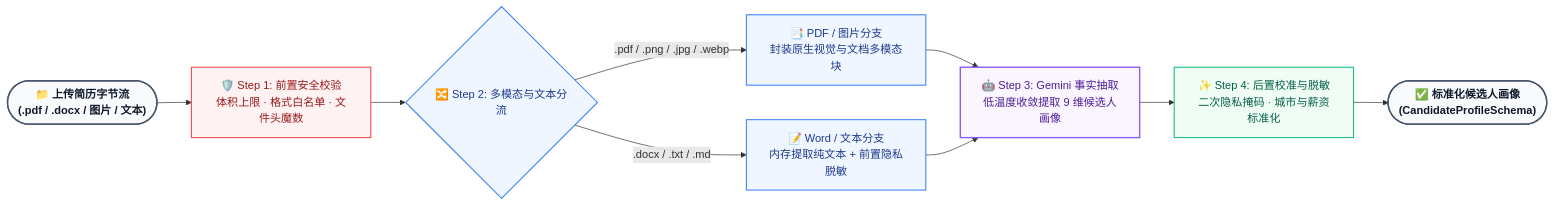
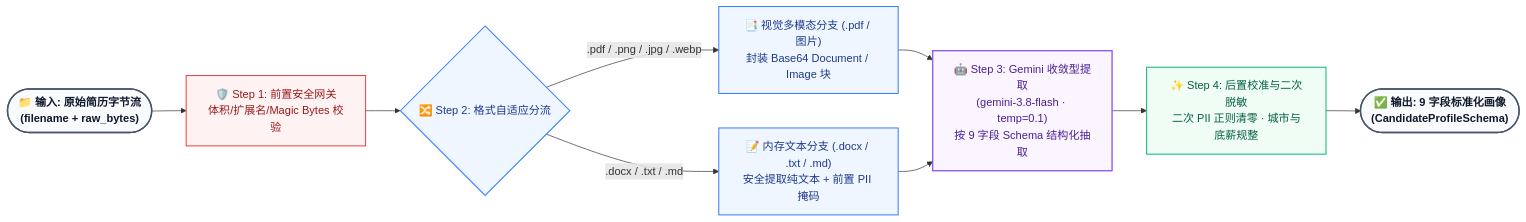
Before and after one commit to jason-haha-69135/boss-zhipin-crawler: the second of 6 diagrams in system_design.md, drawn with Mermaid. The commit also changed other lines of this file and 108 other files, not shown here.

Commit message:
feat: complete Stage 1-5 OpenSpec architecture, upgrades, Argon eval suite & full #eval dashboard

````diff
--- a/system_design.md
+++ b/system_design.md
@@ -111,28 +125,28 @@
 ```mermaid
 flowchart LR
-    In(["📁 上传简历字节流\n(.pdf / .docx / 图片 / 文本)"])
-    Step1["🛡️ Step 1: 前置安全校验\n体积上限 · 格式白名单 · 文件头魔数"]
-    Step2{"🔀 Step 2: 多模态与文本分流"}
-    M_Doc["📑 PDF / 图片分支\n封装原生视觉与文档多模态块"]
-    M_Txt["📝 Word / 文本分支\n内存提取纯文本 + 前置隐私脱敏"]
-    Step3["🤖 Step 3: Gemini 事实抽取\n低温度收敛提取 9 维候选人画像"]
-    Step4["✨ Step 4: 后置校准与脱敏\n二次隐私掩码 · 城市与薪资标准化"]
-    Out(["✅ 标准化候选人画像\n(CandidateProfileSchema)"])
+    In(["📁 输入: 原始简历字节流\n(filename + raw_bytes)"])
+    Step1["🛡️ Step 1: 前置安全网关\n体积/扩展名/Magic Bytes 校验"]
+    Step2{"🔀 Step 2: 格式自适应分流"}
+    M_Doc["📑 视觉多模态分支 (.pdf / 图片)\n封装 Base64 Document / Image 块"]
+    M_Txt["📝 内存文本分支 (.docx / .txt / .md)\n安全提取纯文本 + 前置 PII 掩码"]
+    Step3["🤖 Step 3: Gemini 收敛型提取\n(gemini-3.8-flash · temp=0.1)\n按 9 字段 Schema 结构化抽取"]
+    Step4["✨ Step 4: 后置校准与二次脱敏\n二次 PII 正则清零 · 城市与底薪规整"]
+    Out(["✅ 输出: 9 字段标准化画像\n(CandidateProfileSchema)"])
 
     In --> Step1 --> Step2
     Step2 -->|".pdf / .png / .jpg / .webp"| M_Doc
     Step2 -->|".docx / .txt / .md"| M_Txt
     M_Doc & M_Txt --> Step3 --> Step4 --> Out
 
     classDef ioNode fill:#f8fafc,stroke:#475569,stroke-width:2px,color:#0f172a,font-weight:bold
     classDef gateNode fill:#fef2f2,stroke:#ef4444,stroke-width:1.5px,color:#991b1b
     classDef branchNode fill:#eff6ff,stroke:#3b82f6,stroke-width:1.5px,color:#1e3a8a
     classDef aiNode fill:#faf5ff,stroke:#8b5cf6,stroke-width:2px,color:#4c1d95
     classDef normNode fill:#f0fdf4,stroke:#10b981,stroke-width:1.5px,color:#065f46
 
     class In,Out ioNode
     class Step1 gateNode
     class Step2,M_Doc,M_Txt branchNode
     class Step3 aiNode
     class Step4 normNode
 ```
````
